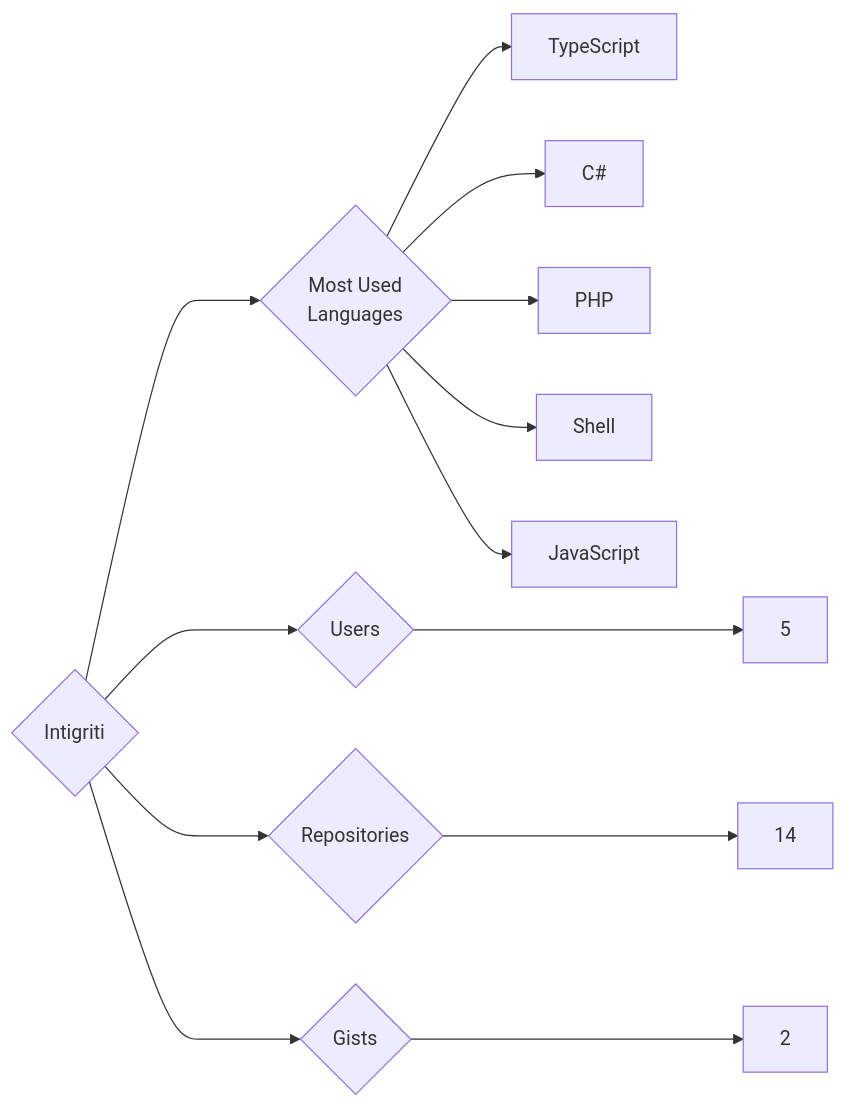
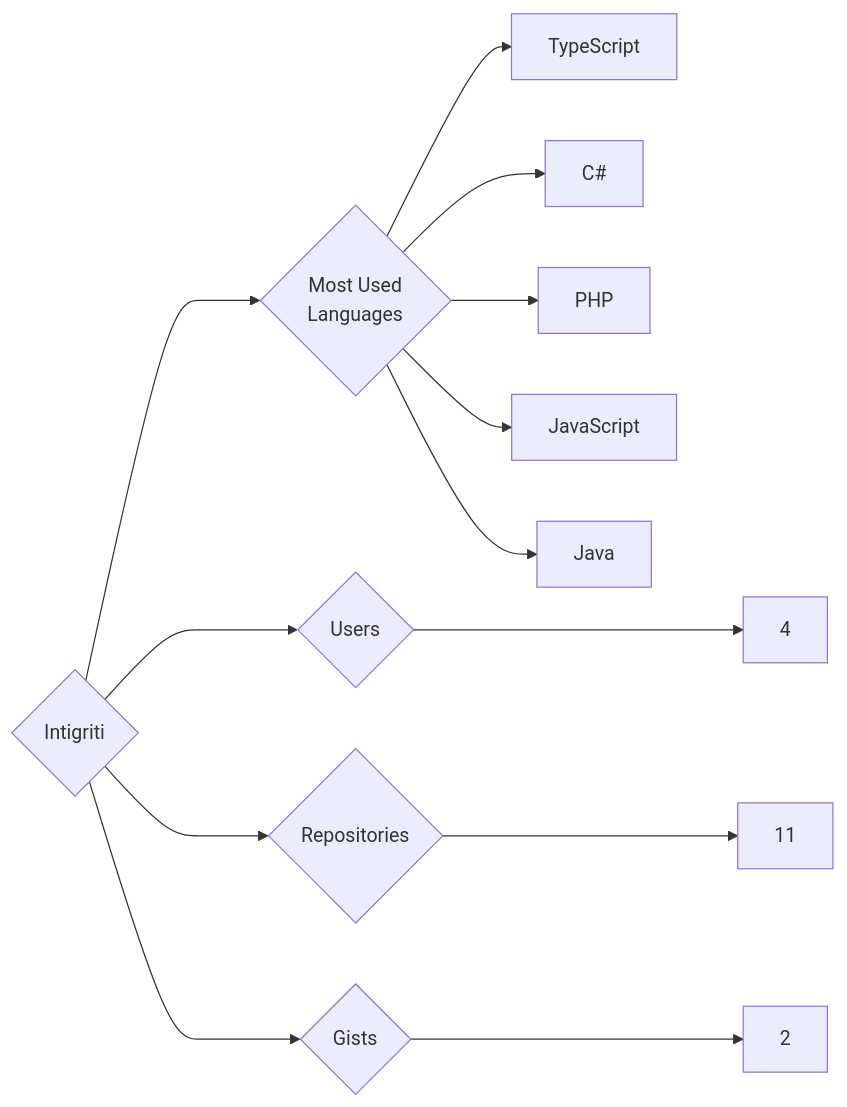
The diagram in targets/Intigriti/README.md (trickest/insiders), drawn with Mermaid before and after one commit. The commit also changed 1036 other files, not shown here.

````diff
--- a/targets/Intigriti/README.md
+++ b/targets/Intigriti/README.md
@@ -3,13 +3,13 @@
 ```mermaid
 graph LR
 COMPANY_NAME{Intigriti}
-COMPANY_NAME ---> U{Users} ---> UN[5]
-COMPANY_NAME ---> R{Repositories} ---> RN[14]
+COMPANY_NAME ---> U{Users} ---> UN[4]
+COMPANY_NAME ---> R{Repositories} ---> RN[11]
 COMPANY_NAME ---> G{Gists} ---> GN[2]
 COMPANY_NAME ---> ML{Most Used<br>Languages}
 ML --> TypeScript[TypeScript]
 ML --> C#[C#]
 ML --> PHP[PHP]
-ML --> Shell[Shell]
 ML --> JavaScript[JavaScript]
+ML --> Java[Java]
 ```
````
